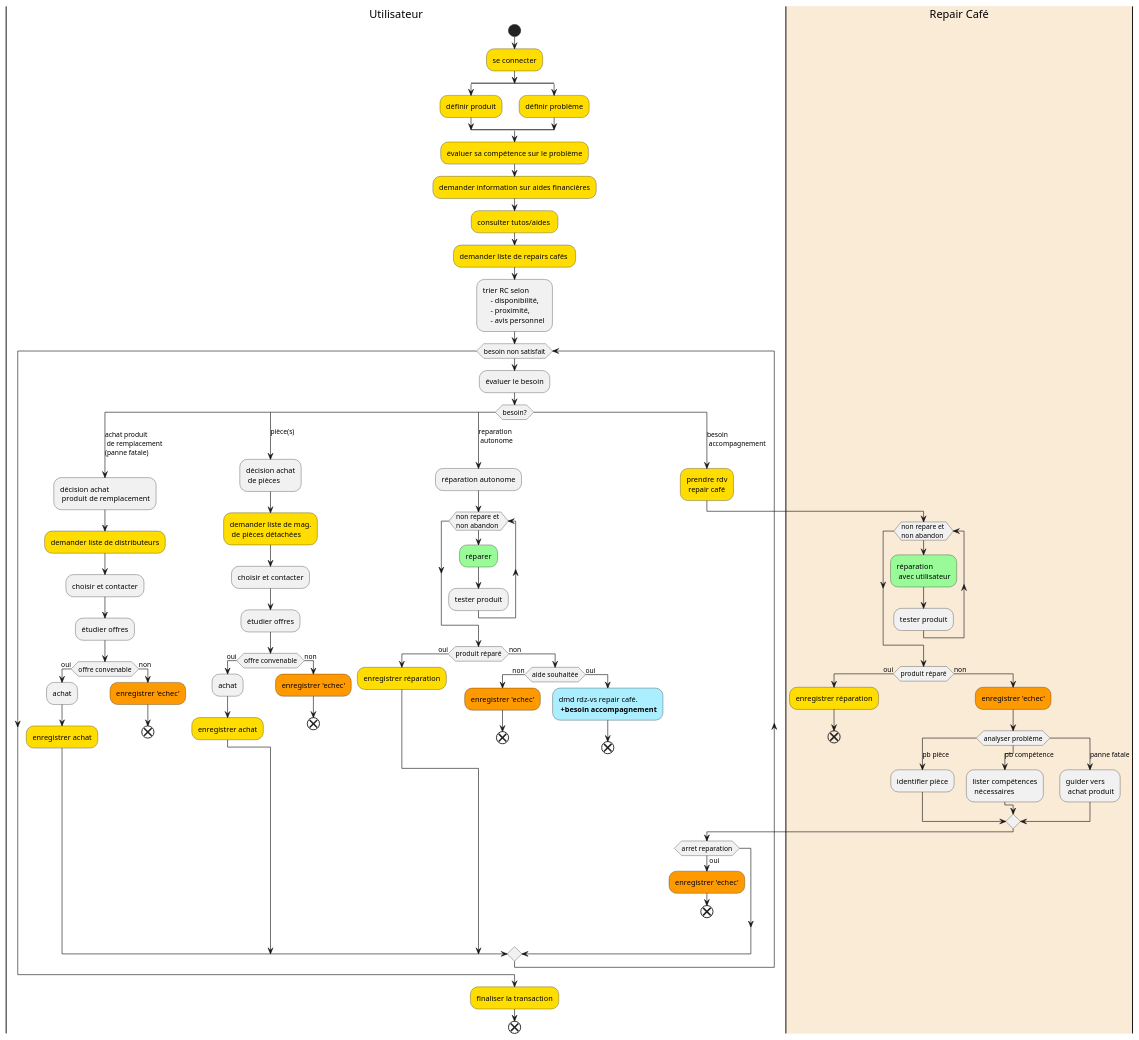
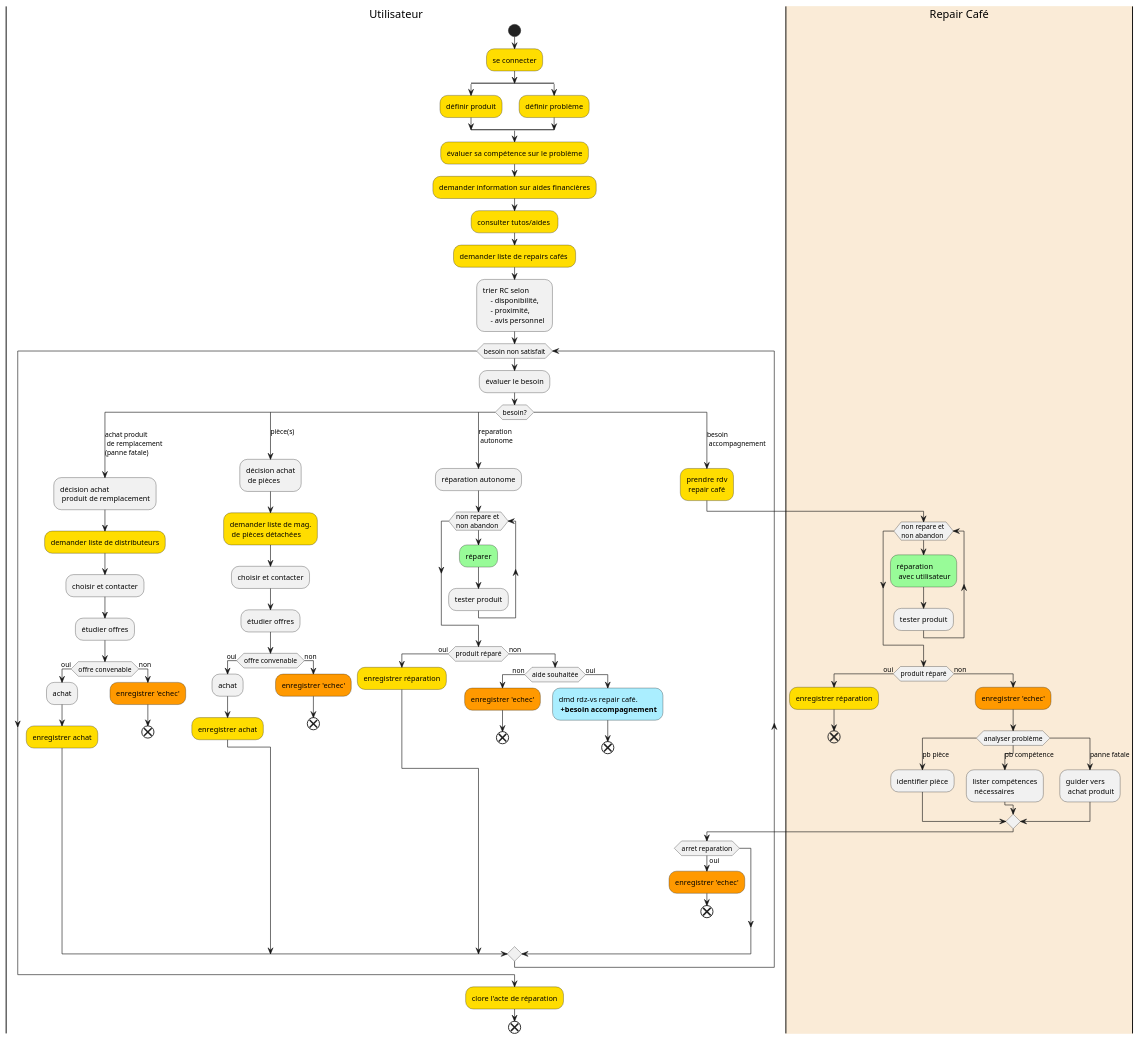
One commit to EmmanuelADAM/Sademaar changed the diagram in SAdemarActivityDiagCoop.md. Above: the diagram before and after it, drawn with PlantUML.

```diff
--- a/SAdemarActivityDiagCoop.md
+++ b/SAdemarActivityDiagCoop.md
@@ -105,7 +105,7 @@
 end if
 endswitch
 endwhile
-#FFDD00:finaliser la transaction;
+#FFDD00:clore l'acte de réparation;
 end
 
   @enduml
```
